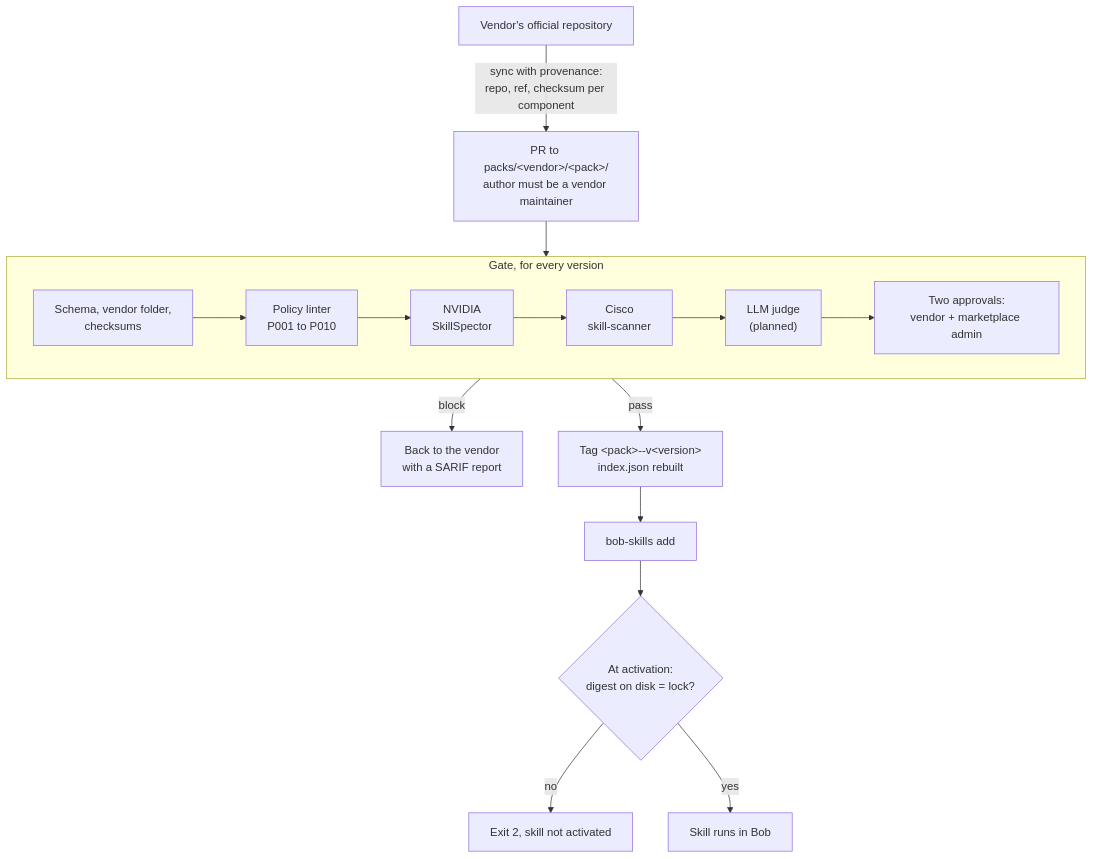
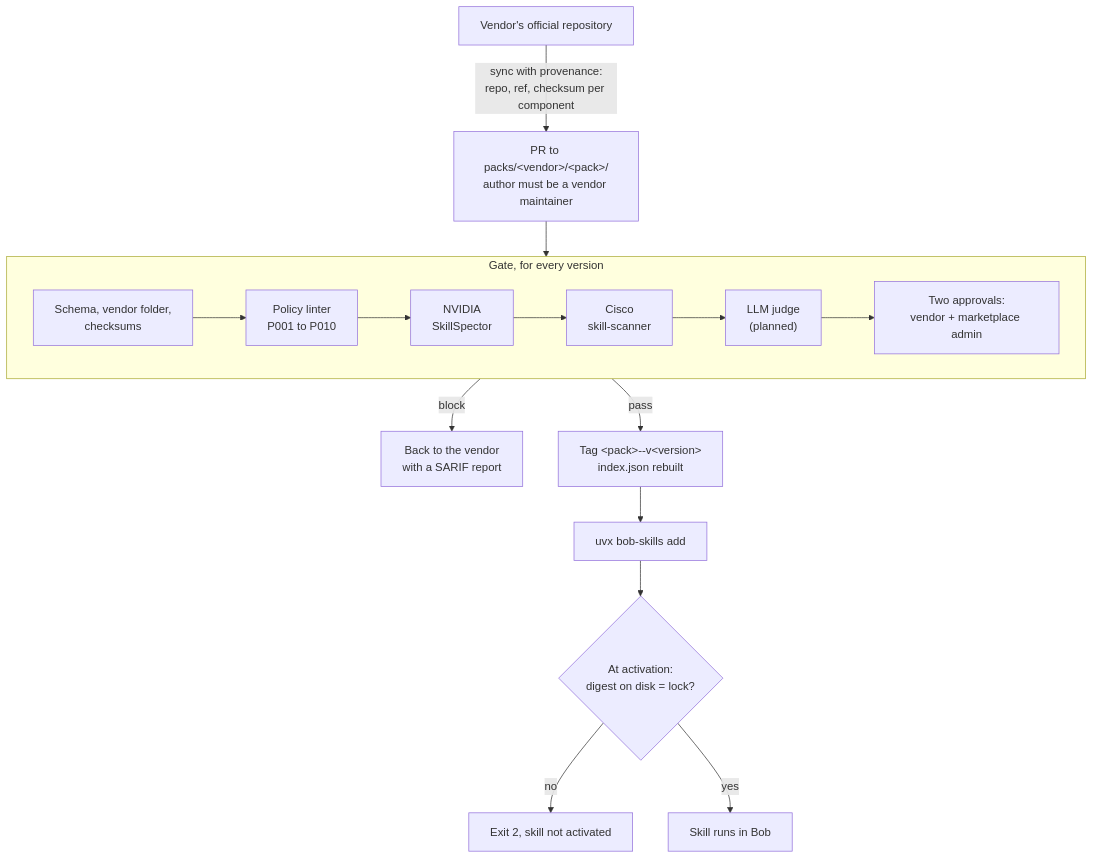
The second of 4 diagrams in README.md (AlexandraIourenkova/bob-skills-marketplace), drawn with Mermaid before and after one commit. The commit also changed other lines of this file and 548 other files, not shown here.

````diff
--- a/README.md
+++ b/README.md
@@ -44,15 +44,15 @@
 ```mermaid
 flowchart TD
     src["Vendor's official repository"] -->|"sync with provenance:<br/>repo, ref, checksum per component"| pr["PR to packs/&lt;vendor&gt;/&lt;pack&gt;/<br/>author must be a vendor maintainer"]
     pr --> gate
     subgraph gate["Gate, for every version"]
         direction LR
         g1["Schema, vendor folder,<br/>checksums"] --> g2["Policy linter<br/>P001 to P010"] --> g3["NVIDIA<br/>SkillSpector"] --> g4["Cisco<br/>skill-scanner"] --> g5["LLM judge<br/>(planned)"] --> g6["Two approvals:<br/>vendor + marketplace admin"]
     end
     gate -->|"block"| back["Back to the vendor<br/>with a SARIF report"]
     gate -->|"pass"| rel["Tag &lt;pack&gt;--v&lt;version&gt;<br/>index.json rebuilt"]
-    rel --> install["bob-skills add"]
+    rel --> install["uvx bob-skills add"]
     install --> guard{"At activation:<br/>digest on disk = lock?"}
     guard -->|"no"| deny["Exit 2, skill not activated"]
     guard -->|"yes"| run["Skill runs in Bob"]
 ```
````
